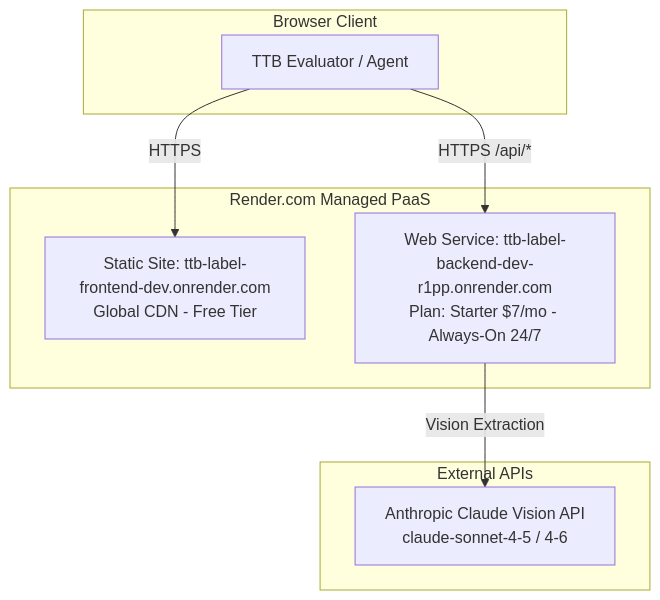
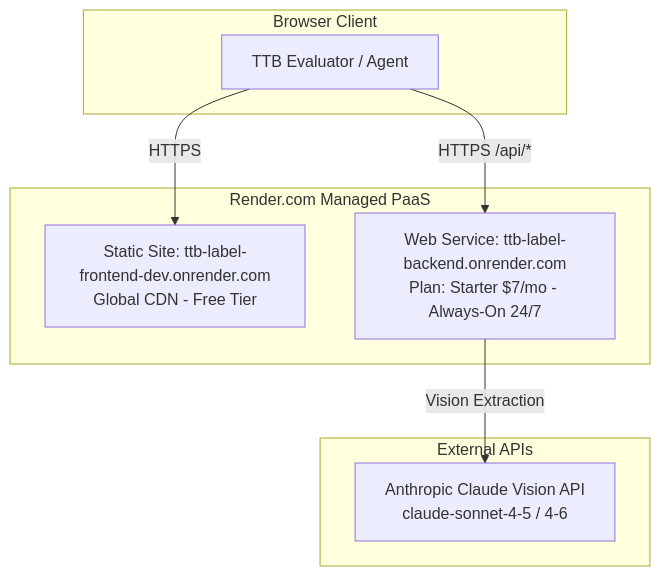
One commit to davejroy/TTB-label-compliance-review-tool changed the first of 2 diagrams in docs/ALWAYS_ON_HOSTING.md. Above: the diagram before and after it, drawn with Mermaid. The commit also changed 59 other files, not shown here.

````diff
--- a/docs/ALWAYS_ON_HOSTING.md
+++ b/docs/ALWAYS_ON_HOSTING.md
@@ -73,19 +73,19 @@
 ```mermaid
 flowchart TD
     subgraph Client [Browser Client]
         Evaluator[TTB Evaluator / Agent]
     end
 
     subgraph RenderPlatform [Render.com Managed PaaS]
         Frontend[Static Site: ttb-label-frontend-dev.onrender.com<br/>Global CDN - Free Tier]
-        Backend[Web Service: ttb-label-backend-dev-r1pp.onrender.com<br/>Plan: Starter $7/mo - Always-On 24/7]
+        Backend[Web Service: ttb-label-backend.onrender.com<br/>Plan: Starter $7/mo - Always-On 24/7]
     end
 
     subgraph ExternalServices [External APIs]
         Anthropic[Anthropic Claude Vision API<br/>claude-sonnet-4-5 / 4-6]
     end
 
     Evaluator -->|HTTPS| Frontend
     Evaluator -->|HTTPS /api/*| Backend
     Backend -->|Vision Extraction| Anthropic
 ```
````
